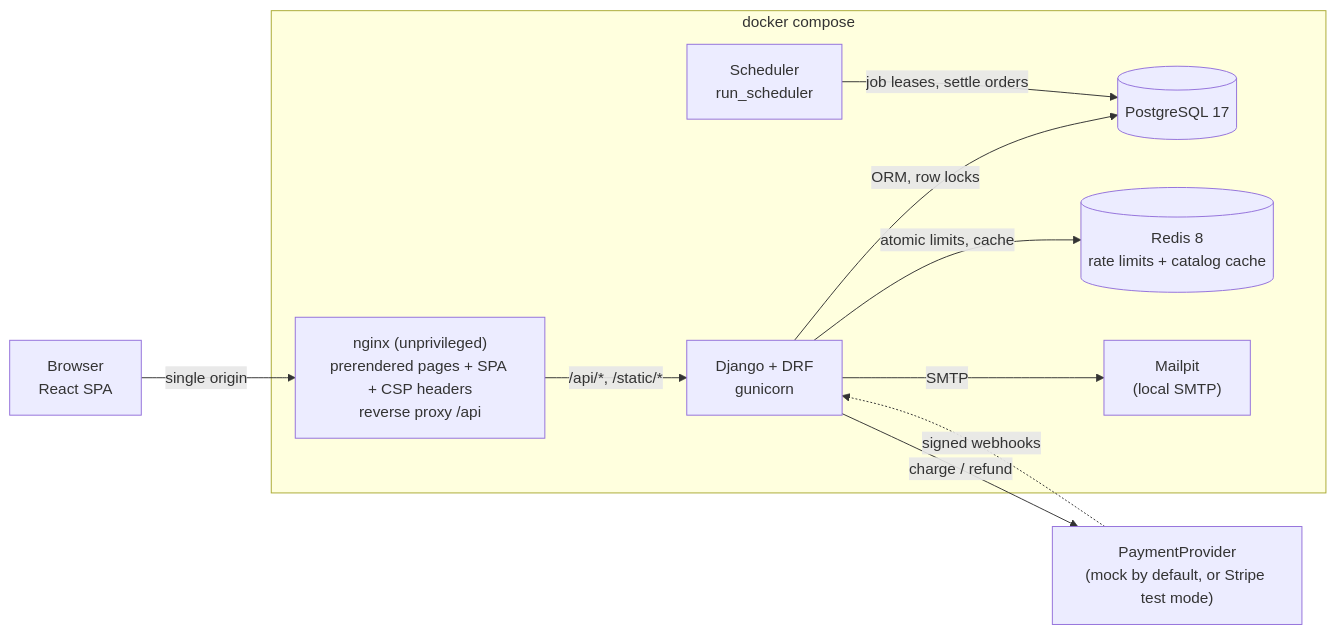
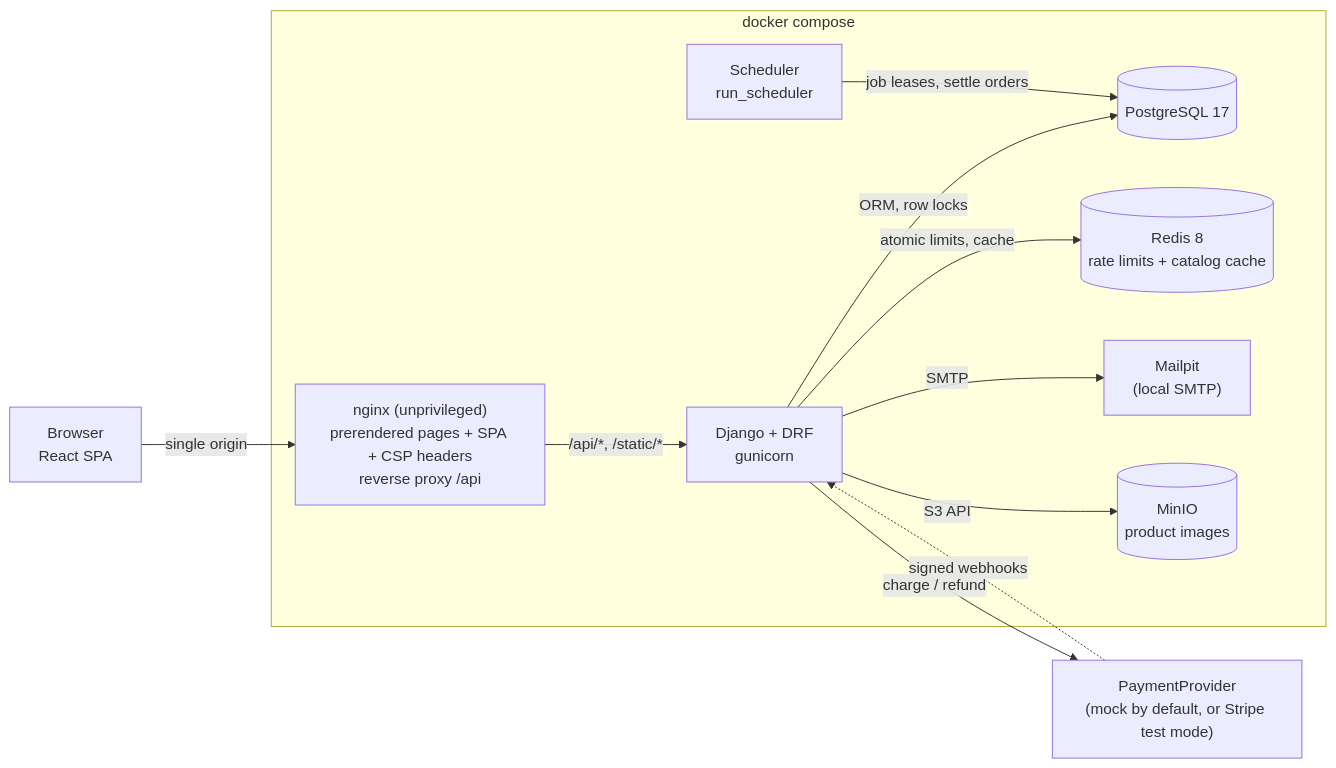
Before and after one commit to Arya-9989/SecureCart-Cloud-Native-Security-Enhanced-eCommerce-Platform: the first of 2 diagrams in README.md, drawn with Mermaid. The commit also changed other lines of this file and 24 other files, not shown here.

````diff
--- a/README.md
+++ b/README.md
@@ -73,24 +73,26 @@
 ```mermaid
 flowchart LR
     browser["Browser<br/>React SPA"]
 
     subgraph compose["docker compose"]
         nginx["nginx (unprivileged)<br/>prerendered pages + SPA + CSP headers<br/>reverse proxy /api"]
         api["Django + DRF<br/>gunicorn"]
         scheduler["Scheduler<br/>run_scheduler"]
         db[("PostgreSQL 17")]
         redis[("Redis 8<br/>rate limits + catalog cache")]
         mail["Mailpit<br/>(local SMTP)"]
+        minio[("MinIO<br/>product images")]
     end
 
     payment["PaymentProvider<br/>(mock by default, or Stripe test mode)"]
 
     browser -- "single origin" --> nginx
     nginx -- "/api/*, /static/*" --> api
     api -- "ORM, row locks" --> db
     api -- "atomic limits, cache" --> redis
     api -- "SMTP" --> mail
+    api -- "S3 API" --> minio
     scheduler -- "job leases, settle orders" --> db
     api -- "charge / refund" --> payment
     payment -. "signed webhooks" .-> api
 ```
````
